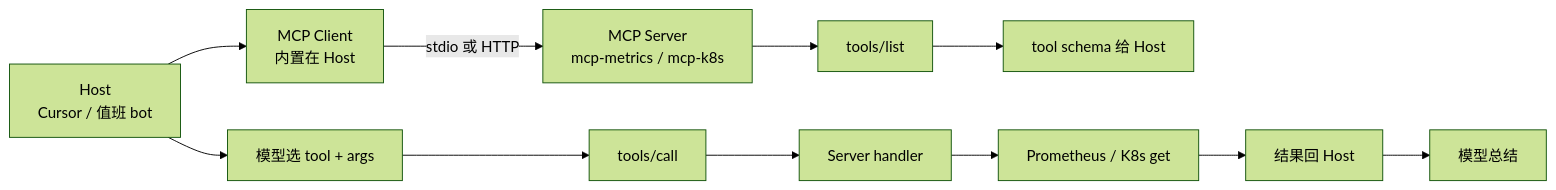
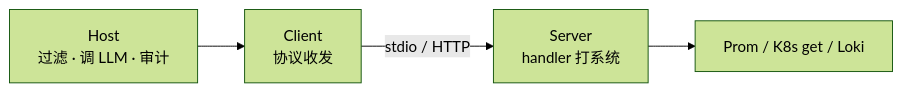
One commit to ml-cuizijun/LearnToLilith changed the second of 6 diagrams in 08-AI与智能运维/05-MCP协议/知识点.md. Above: the diagram before and after it, drawn with Mermaid (forest theme). The commit also changed other lines of this file and 178 other files, not shown here.

````diff
--- a/08-AI与智能运维/05-MCP协议/知识点.md
+++ b/08-AI与智能运维/05-MCP协议/知识点.md
@@ -21,13 +48,6 @@
 ```mermaid
 flowchart LR
-    H["Host<br/>Cursor / 值班 bot"] --> C["MCP Client<br/>内置在 Host"]
-    C -->|stdio 或 HTTP| S["MCP Server<br/>mcp-metrics / mcp-k8s"]
-    S --> LIST["tools/list"]
-    LIST --> SCHEMA["tool schema 给 Host"]
-    H --> LLM["模型选 tool + args"]
-    LLM --> CALL["tools/call"]
-    CALL --> HD["Server handler"]
-    HD --> SYS["Prometheus / K8s get"]
-    SYS --> RES["结果回 Host"]
-    RES --> LLM2["模型总结"]
+    H["Host<br/>过滤 · 调 LLM · 审计"] --> C["Client<br/>协议收发"]
+    C -->|stdio / HTTP| S["Server<br/>handler 打系统"]
+    S --> SYS["Prom / K8s get / Loki"]
 ```
````
